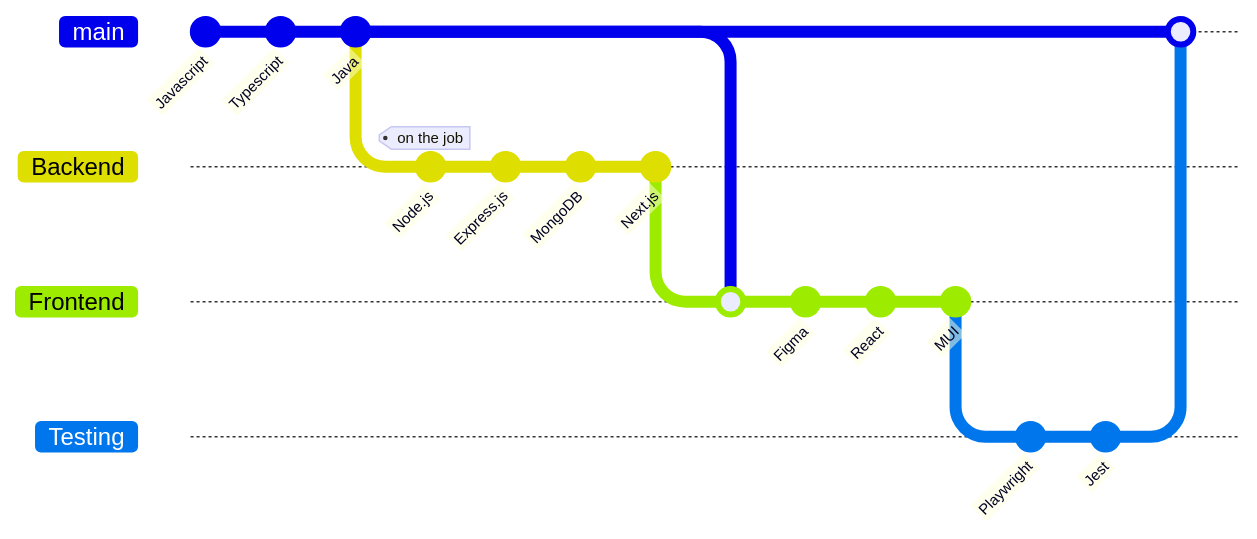
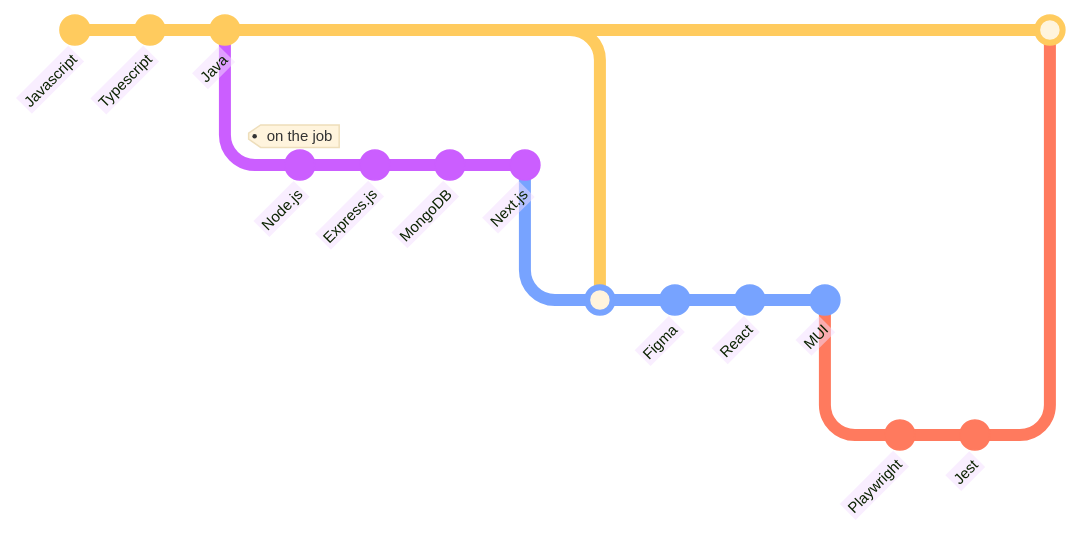
One commit to alejandroo-pc/alejandroo-pc changed the diagram in README.md. Above: the diagram before and after it, drawn with Mermaid.

````diff
--- a/README.md
+++ b/README.md
@@ -11,22 +11,23 @@
 ``` mermaid
+%%{init: { 'logLevel': 'debug', 'theme': 'base', 'gitGraph': {'showBranches': false}} }%%
 gitGraph
    commit id: "Javascript"
    commit id: "Typescript"
    commit id: "Java"
    branch Backend
    checkout Backend
    commit id: "Node.js" tag: "on the job"
    commit id: "Express.js"
    commit id: "MongoDB"
    commit id: "Next.js"
    branch Frontend
    merge main
    commit id: "Figma"
    commit id: "React"
    commit id: "MUI"
    branch Testing
    commit id: "Playwright"
    commit id: "Jest"
    checkout main
    merge Testing
 ```
````
